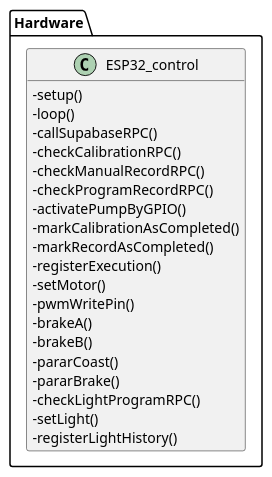
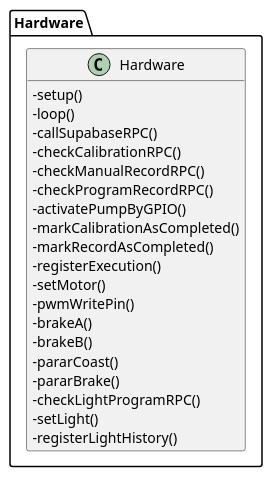
Before and after one commit to startsys42/hydrosyn: the diagram in plantuml/analisis/clases/diagrama_clases_esp32_control_rpc.puml, drawn with PlantUML. The commit also changed 9 other files, not shown here.

```diff
--- a/plantuml/analisis/clases/diagrama_clases_esp32_control_rpc.puml
+++ b/plantuml/analisis/clases/diagrama_clases_esp32_control_rpc.puml
@@ -1,31 +1,31 @@
 @startuml
 skinparam classAttributeIconSize 0
 hide empty members
 
 package "Hardware" {
 
-class "ESP32_control" as C_esp32_control {
+class "Hardware" as C_esp32_control {
   -setup()
   -loop()
   -callSupabaseRPC()
   -checkCalibrationRPC()
   -checkManualRecordRPC()
   -checkProgramRecordRPC()
   -activatePumpByGPIO()
   -markCalibrationAsCompleted()
   -markRecordAsCompleted()
   -registerExecution()
   -setMotor()
   -pwmWritePin()
   -brakeA()
   -brakeB()
   -pararCoast()
   -pararBrake()
   -checkLightProgramRPC()
   -setLight()
   -registerLightHistory()
 }
 
 }
 
 @enduml
```
